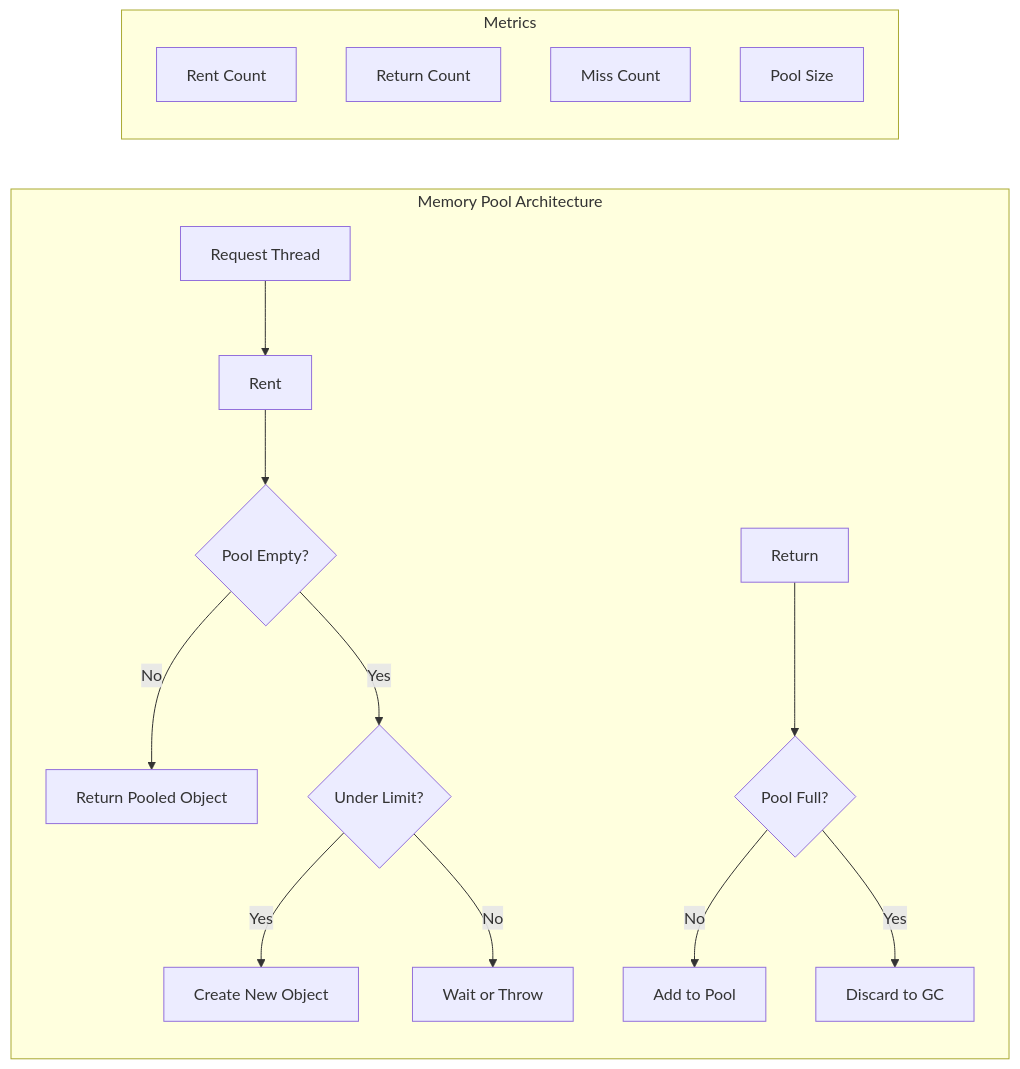
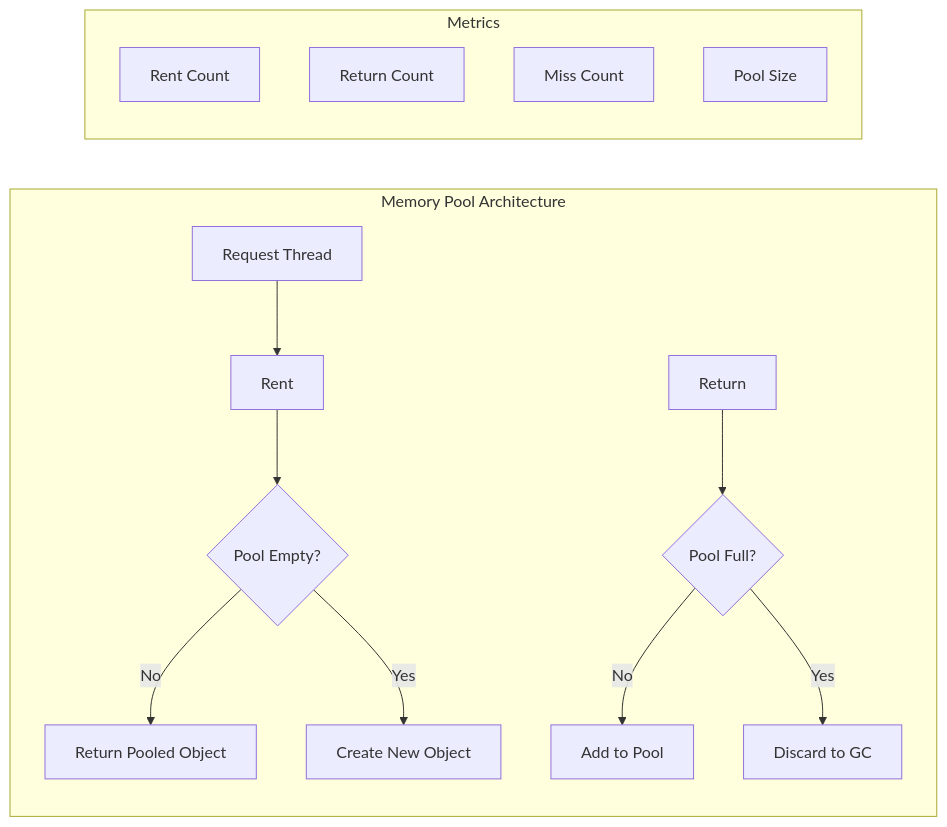
One commit to OneUptime/blog changed the second of 2 diagrams in posts/2026-01-30-how-to-create-custom-memory-pool-dotnet/README.md. Above: the diagram before and after it, drawn with Mermaid. The commit also changed other lines of this file and 2 other files, not shown here.

Commit message:
validate: 2026-01-30-how-to-create-custom-memory-pool-dotnet

````diff
--- a/posts/2026-01-30-how-to-create-custom-memory-pool-dotnet/README.md
+++ b/posts/2026-01-30-how-to-create-custom-memory-pool-dotnet/README.md
@@ -274,22 +313,20 @@
 ```mermaid
 graph LR
     subgraph "Memory Pool Architecture"
         A[Request Thread] --> B[Rent]
         B --> C{Pool Empty?}
         C -->|No| D[Return Pooled Object]
-        C -->|Yes| E{Under Limit?}
-        E -->|Yes| F[Create New Object]
-        E -->|No| G[Wait or Throw]
+        C -->|Yes| F[Create New Object]
 
         H[Return] --> I{Pool Full?}
         I -->|No| J[Add to Pool]
         I -->|Yes| K[Discard to GC]
     end
 
     subgraph "Metrics"
         L[Rent Count]
         M[Return Count]
         N[Miss Count]
         O[Pool Size]
     end
 ```
````
